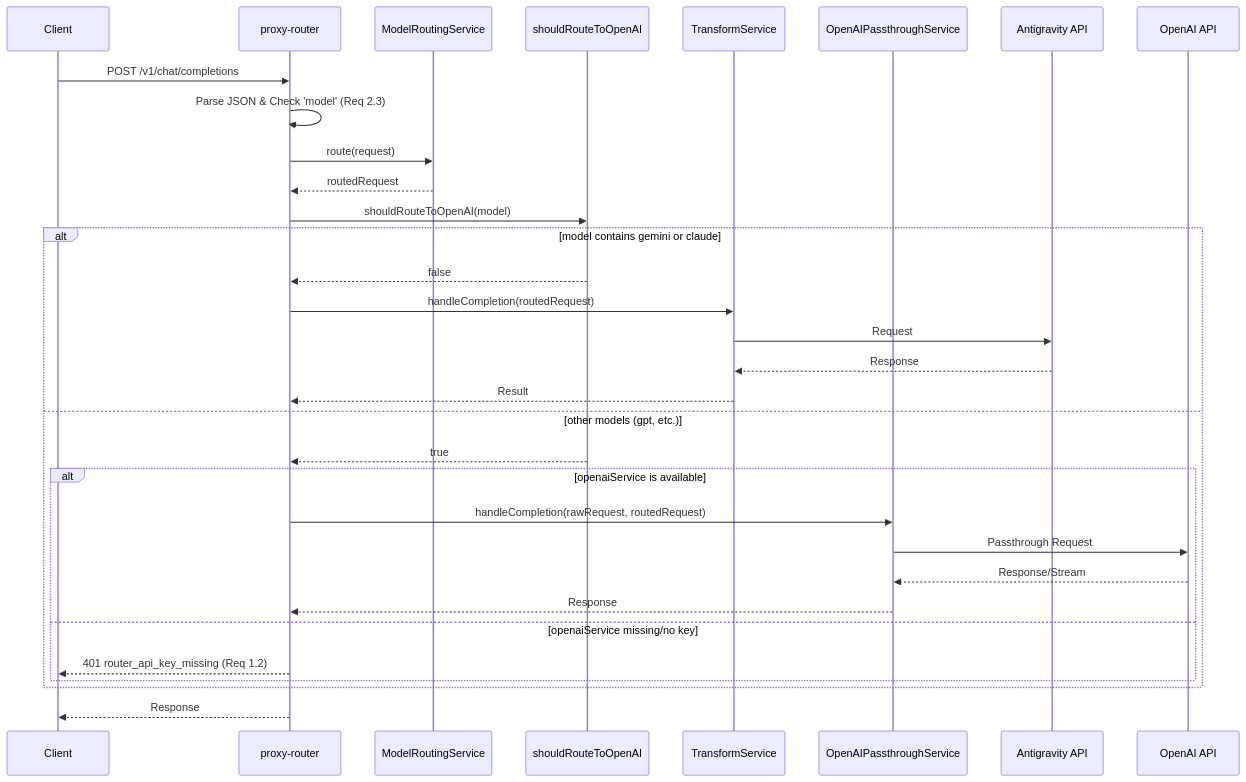
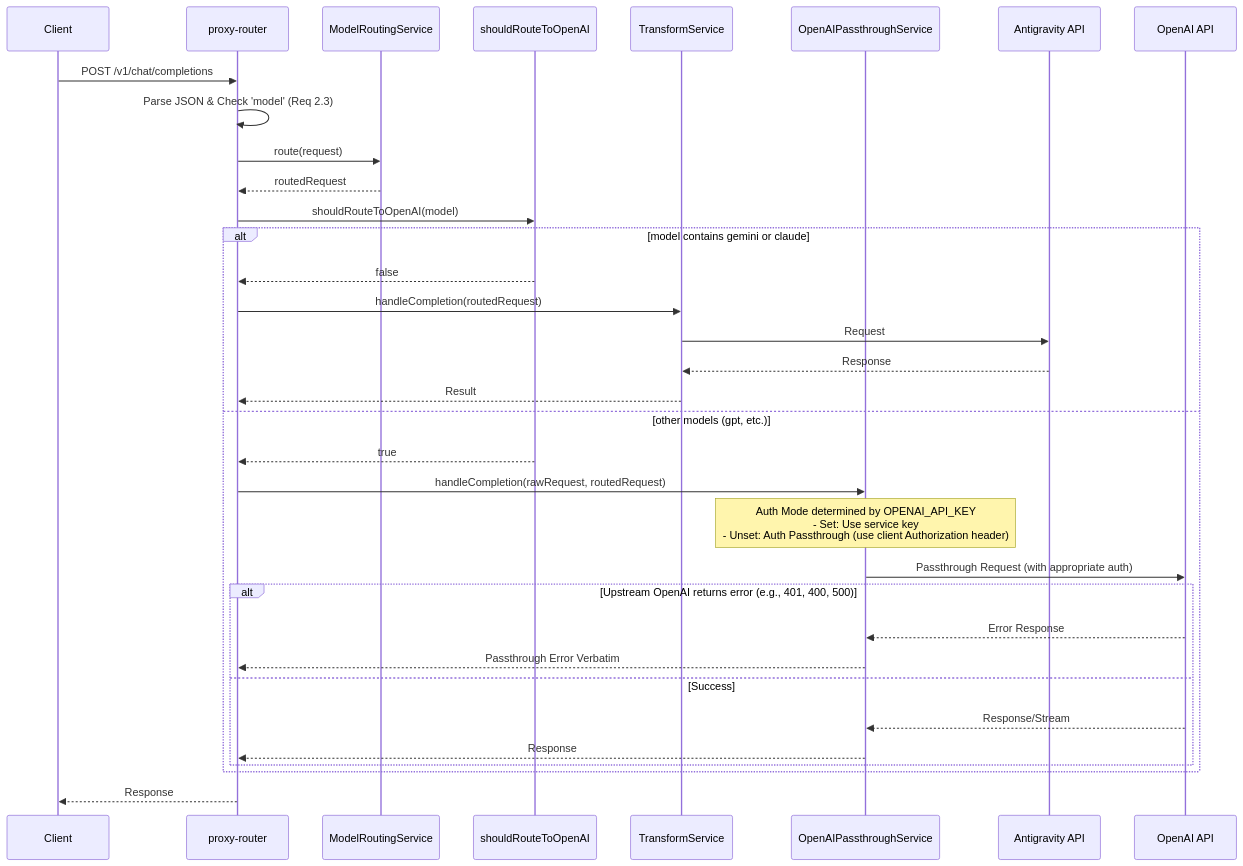
Before and after one commit to yohi/codex-antigravity-adapter: the second of 5 diagrams in .kiro/specs/openai-passthrough/design.md, drawn with Mermaid. The commit also changed other lines of this file, not shown here.

Commit message:
docs: Update OpenAI passthrough design document.

````diff
--- a/.kiro/specs/openai-passthrough/design.md
+++ b/.kiro/specs/openai-passthrough/design.md
@@ -93,37 +93,39 @@
 ```mermaid
 sequenceDiagram
     participant Client
     participant R as proxy-router
     participant RS as ModelRoutingService
     participant SL as shouldRouteToOpenAI
     participant TS as TransformService
     participant OS as OpenAIPassthroughService
     participant AG as Antigravity API
     participant OA as OpenAI API
 
     Client->>R: POST /v1/chat/completions
     R->>R: Parse JSON & Check 'model' (Req 2.3)
     R->>RS: route(request)
     RS-->>R: routedRequest
     R->>SL: shouldRouteToOpenAI(model)
     
     alt model contains gemini or claude
         SL-->>R: false
         R->>TS: handleCompletion(routedRequest)
         TS->>AG: Request
         AG-->>TS: Response
         TS-->>R: Result
     else other models (gpt, etc.)
         SL-->>R: true
-        alt openaiService is available
-            R->>OS: handleCompletion(rawRequest, routedRequest)
-            OS->>OA: Passthrough Request
+        R->>OS: handleCompletion(rawRequest, routedRequest)
+        Note over OS: Auth Mode determined by OPENAI_API_KEY<br/>- Set: Use service key<br/>- Unset: Auth Passthrough (use client Authorization header)
+        OS->>OA: Passthrough Request (with appropriate auth)
+        alt Upstream OpenAI returns error (e.g., 401, 400, 500)
+            OA-->>OS: Error Response
+            OS-->>R: Passthrough Error Verbatim
+        else Success
             OA-->>OS: Response/Stream
             OS-->>R: Response
-        else openaiService missing/no key
-            R-->>Client: 401 router_api_key_missing (Req 1.2)
         end
     end
-    
+
     R-->>Client: Response
 ```
````
